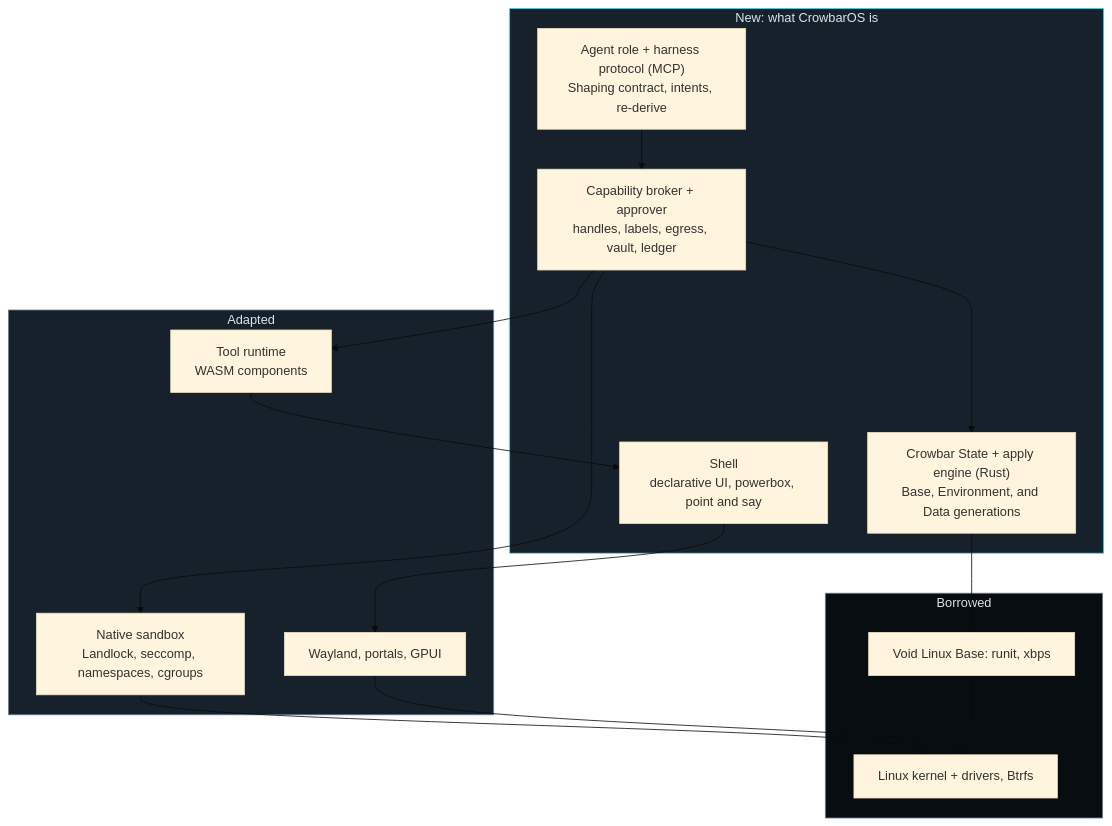
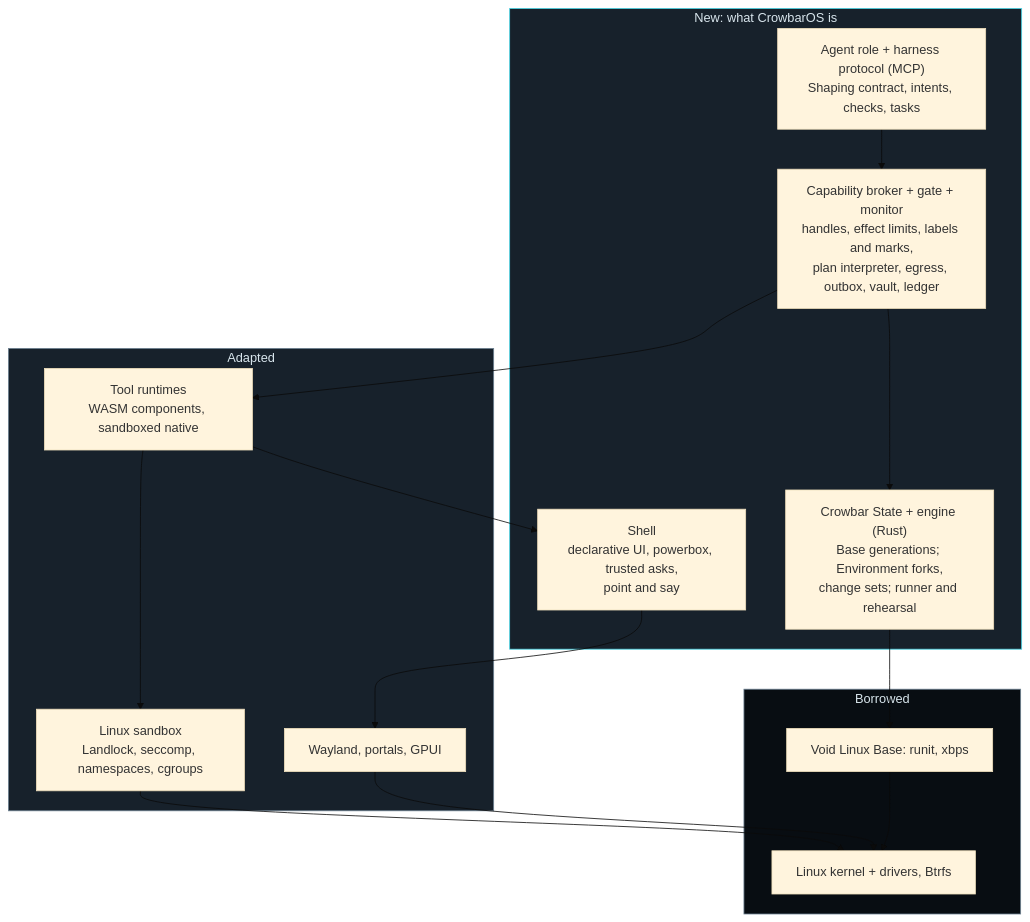
The third of 5 diagrams in docs/agent-first/VISION.md (crowbaros/crowbaros), drawn with Mermaid (base theme) before and after one commit. The commit also changed other lines of this file and 25 other files, not shown here.

````diff
--- a/docs/agent-first/VISION.md
+++ b/docs/agent-first/VISION.md
@@ -278,27 +536,26 @@
 ```mermaid
 flowchart TB
     subgraph NEW["New: what CrowbarOS is"]
-        I["Agent role + harness protocol (MCP)<br/>Shaping contract, intents, re-derive"]
-        AP["Capability broker + approver<br/>handles, labels, egress, vault, ledger"]
-        ST["Crowbar State + apply engine (Rust)<br/>Base, Environment, and Data generations"]
-        SH["Shell<br/>declarative UI, powerbox, point and say"]
+        I["Agent role + harness protocol (MCP)<br/>Shaping contract, intents, checks, tasks"]
+        AP["Capability broker + gate + monitor<br/>handles, effect limits, labels and marks,<br/>plan interpreter, egress, outbox, vault, ledger"]
+        ST["Crowbar State + engine (Rust)<br/>Base generations; Environment forks,<br/>change sets; runner and rehearsal"]
+        SH["Shell<br/>declarative UI, powerbox, trusted asks,<br/>point and say"]
     end
     subgraph ADAPT["Adapted"]
-        RT["Tool runtime<br/>WASM components"]
-        SB["Native sandbox<br/>Landlock, seccomp, namespaces, cgroups"]
+        RT["Tool runtimes<br/>WASM components, sandboxed native"]
+        SB["Linux sandbox<br/>Landlock, seccomp, namespaces, cgroups"]
         UI["Wayland, portals, GPUI"]
     end
     subgraph BORROW["Borrowed"]
         V["Void Linux Base: runit, xbps"]
         K["Linux kernel + drivers, Btrfs"]
     end
     I --> AP --> ST --> V
-    AP --> RT
-    AP --> SB --> K
+    AP --> RT --> SB --> K
     SH --> UI --> K
     RT --> SH
     V --> K
     style NEW fill:#17212B,stroke:#49D7E8,color:#D8E5EC
     style ADAPT fill:#17212B,stroke:#6D8191,color:#D8E5EC
     style BORROW fill:#080D12,stroke:#6D8191,color:#D8E5EC
 ```
````
